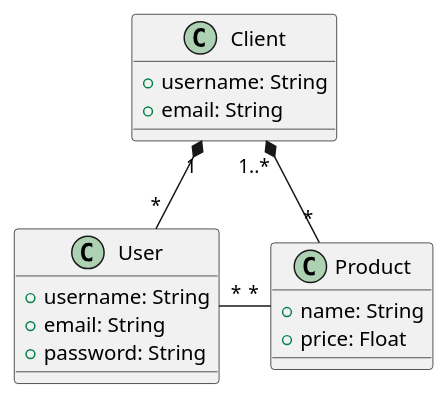
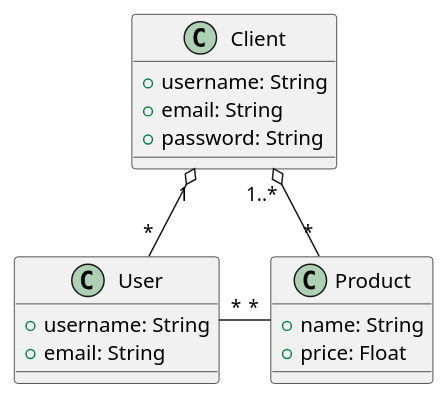
The diagram in diagrams/plantuml/classes.puml (leomoille/BilmoAPI), drawn with PlantUML before and after one commit. The commit also changed 11 other files, not shown here.

```diff
--- a/diagrams/plantuml/classes.puml
+++ b/diagrams/plantuml/classes.puml
@@ -1,23 +1,23 @@
 @startuml
 'https://plantuml.com/class-diagram
 
 class User {
     + username: String
     + email: String
-    + password: String
 }
 class Client {
     + username: String
     + email: String
+    + password: String
 }
 class Product {
     + name: String
     + price: Float
 }
 
-Client "1" *- "*" User
-Client "1..*" *-- "*" Product
+Client "1" o- "*" User
+Client "1..*" o-- "*" Product
 User "*" - "*" Product
 
 
 @enduml
```
